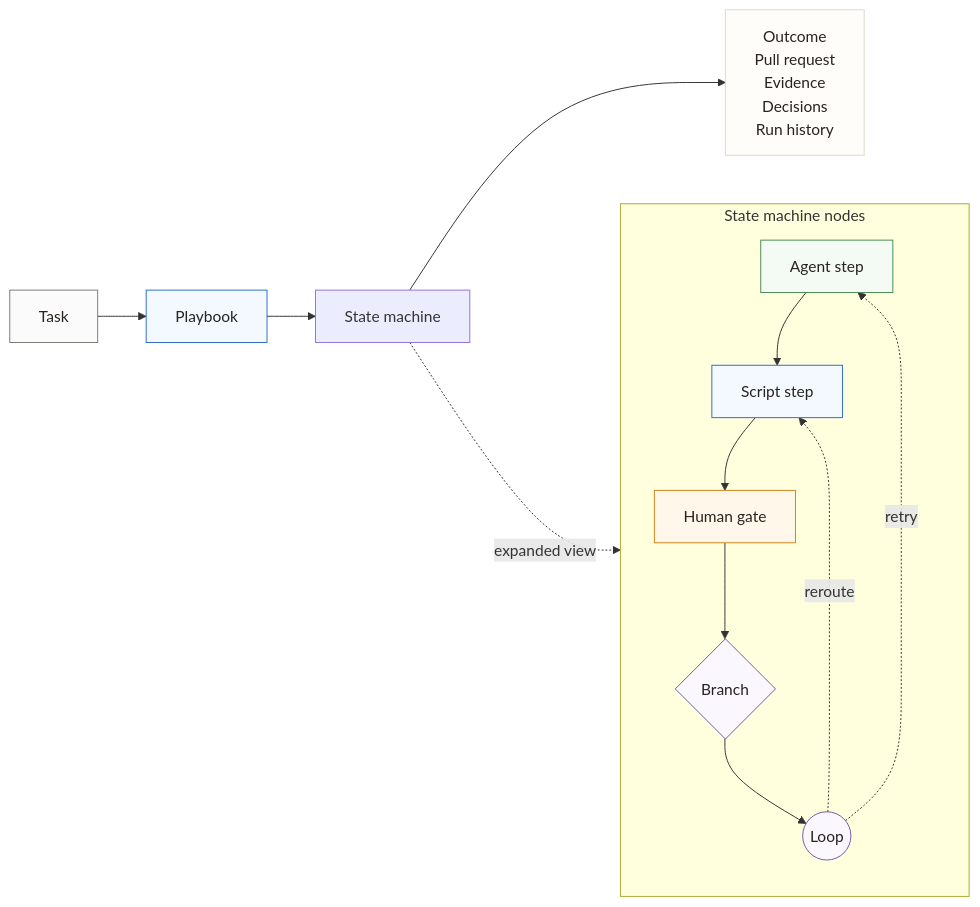
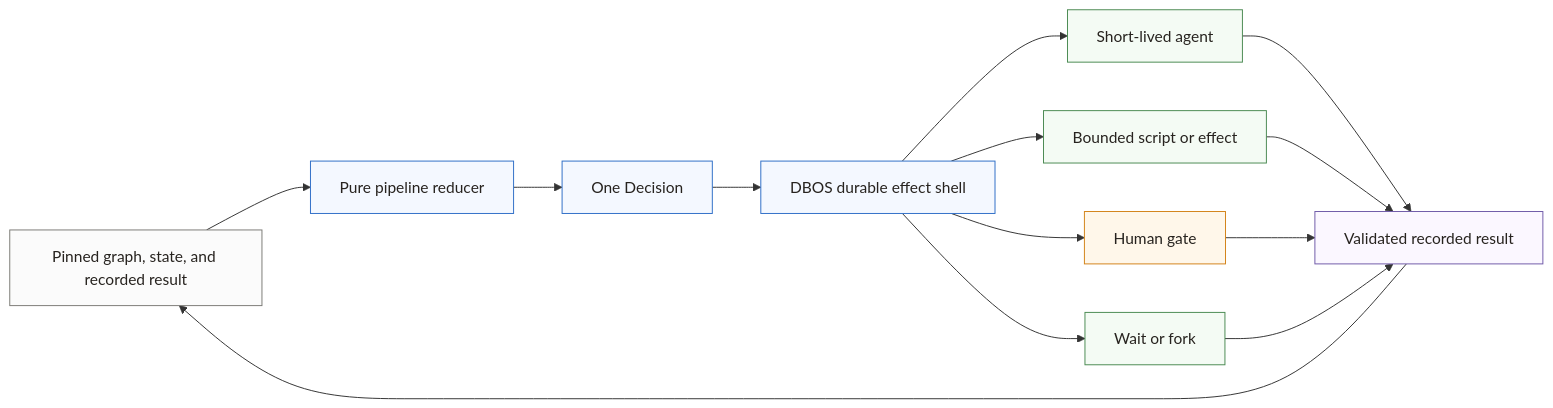
One commit to revisium/orchestrator changed the diagram in docs/assets/revo-concept.mmd. Above: the diagram before and after it, drawn with Mermaid. The commit also changed 34 other files, not shown here.

Commit message:
docs: align Revo architecture contracts (#320)

```diff
--- a/docs/assets/revo-concept.mmd
+++ b/docs/assets/revo-concept.mmd
@@ -1,41 +1,33 @@
 flowchart LR
-  task[Task]
-  playbook[Playbook]
-  sm[State machine]
-  outputs[Outcome\nPull request\nEvidence\nDecisions\nRun history]
+  input[Pinned graph, state, and recorded result]
+  core[Pure pipeline reducer]
+  decision[One Decision]
+  shell[DBOS durable effect shell]
+  agent[Short-lived agent]
+  effect[Bounded script or effect]
+  gate[Human gate]
+  wait[Wait or fork]
+  recorded[Validated recorded result]
 
-  task --> playbook
-  playbook --> sm
-  sm --> outputs
+  input --> core --> decision --> shell
+  shell --> agent
+  shell --> effect
+  shell --> gate
+  shell --> wait
+  agent --> recorded
+  effect --> recorded
+  gate --> recorded
+  wait --> recorded
+  recorded --> input
 
-  subgraph machine[State machine nodes]
-    agent[Agent step]
-    script[Script step]
-    gate[Human gate]
-    branch{Branch}
-    loop((Loop))
+  classDef input fill:#fbfbfb,stroke:#7b7a75,color:#27231f
+  classDef core fill:#f4f8ff,stroke:#2e6ec7,color:#27231f
+  classDef worker fill:#f4fbf4,stroke:#4a8a52,color:#27231f
+  classDef gate fill:#fff7ea,stroke:#d38318,color:#27231f
+  classDef output fill:#fbf7ff,stroke:#6f5aa8,color:#27231f
 
-    agent --> script --> gate
-    gate --> branch
-    branch --> loop
-    loop -. retry .-> agent
-    loop -. reroute .-> script
-  end
-
-  sm -. expanded view .-> machine
-
-  classDef task fill:#fbfbfb,stroke:#7b7a75,color:#27231f
-  classDef playbook fill:#f4f8ff,stroke:#2e6ec7,color:#27231f
-  classDef agent fill:#f4fbf4,stroke:#4a8a52,color:#27231f
-  classDef script fill:#f4f8ff,stroke:#2e6ec7,color:#27231f
-  classDef gate fill:#fff7ea,stroke:#d38318,color:#27231f
-  classDef branch fill:#fbf7ff,stroke:#6f5aa8,color:#27231f
-  classDef output fill:#fffdfa,stroke:#ded7c8,color:#27231f
-
-  class task task
-  class playbook playbook
-  class agent agent
-  class script script
+  class input input
+  class core,decision,shell core
+  class agent,effect,wait worker
   class gate gate
-  class branch,loop branch
-  class outputs output
+  class recorded output
```
